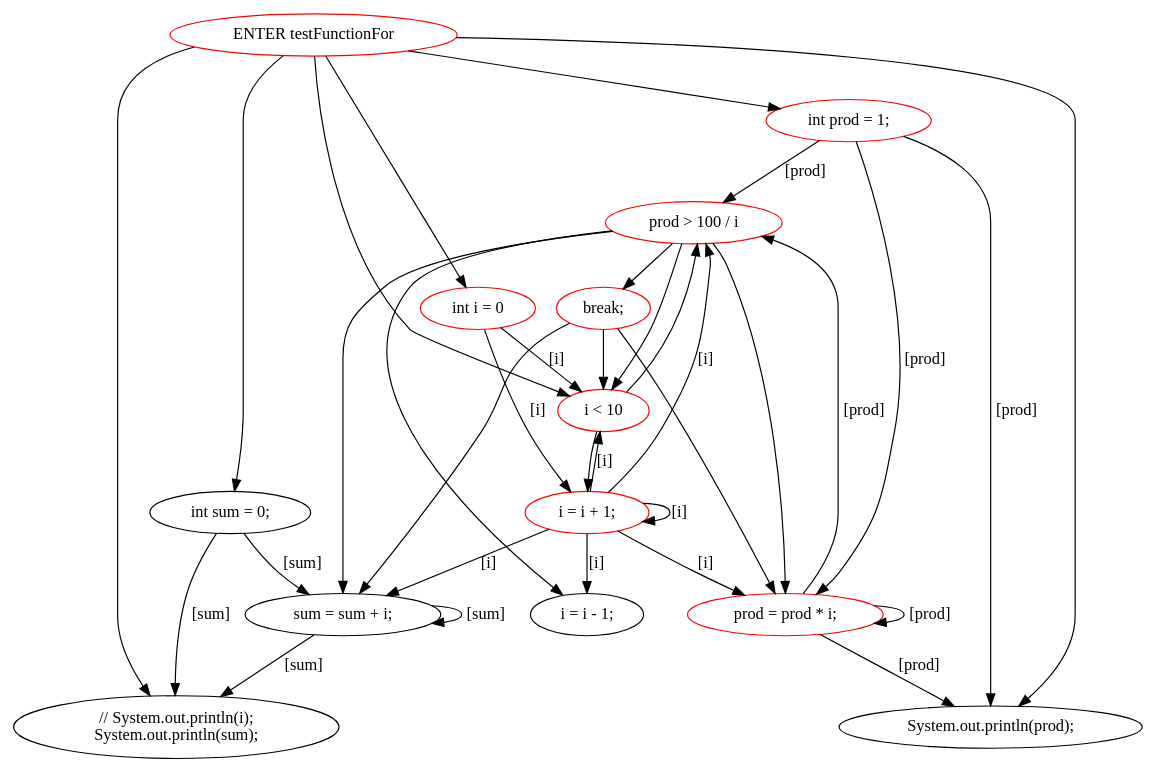
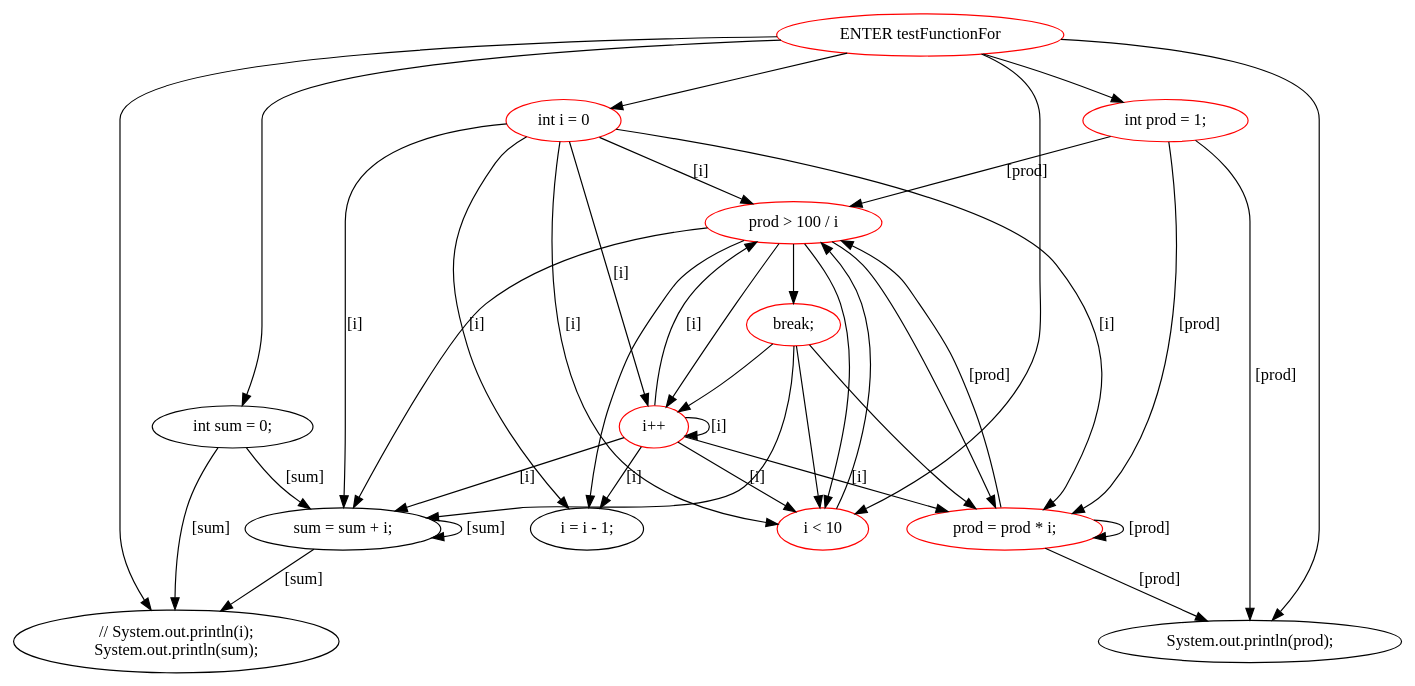
Before and after one commit to Surprise-Jing/Java-oriented-analysis-and-understanding-tools: the diagram in staticSlicer/data/output/graph/PDG_Output6.dot, drawn with Graphviz. The commit also changed 15 other files, not shown here.

Commit message:
生成简单的call graph

```diff
--- a/staticSlicer/data/output/graph/PDG_Output6.dot
+++ b/staticSlicer/data/output/graph/PDG_Output6.dot
@@ -1,50 +1,55 @@
 strict digraph G {
   0 [ color="red" label="ENTER testFunctionFor" ];
   2 [ label="int sum = 0;" ];
   3 [ color="red" label="int prod = 1;" ];
   4 [ color="red" label="int i = 0" ];
   5 [ color="red" label="i < 10" ];
-  6 [ color="red" label="i = i + 1;" ];
-  7 [ color="red" label="prod > 100 / i" ];
-  8 [ label="i = i - 1;" ];
-  9 [ color="red" label="break;" ];
-  10 [ label="sum = sum + i;" ];
-  11 [ color="red" label="prod = prod * i;" ];
+  6 [ color="red" label="prod > 100 / i" ];
+  7 [ label="i = i - 1;" ];
+  8 [ color="red" label="break;" ];
+  9 [ label="sum = sum + i;" ];
+  10 [ color="red" label="prod = prod * i;" ];
+  11 [ color="red" label="i++" ];
   12 [ label="// System.out.println(i);
 System.out.println(sum);" ];
   13 [ label="System.out.println(prod);" ];
   0 -> 2 [ ];
   0 -> 3 [ ];
   0 -> 4 [ ];
   0 -> 5 [ ];
   0 -> 12 [ ];
   0 -> 13 [ ];
   5 -> 6 [ ];
-  5 -> 7 [ ];
-  7 -> 8 [ ];
-  7 -> 9 [ ];
-  9 -> 10 [ ];
-  9 -> 11 [ ];
-  9 -> 5 [ ];
-  7 -> 10 [ ];
-  7 -> 11 [ ];
-  7 -> 5 [ ];
+  6 -> 7 [ ];
+  6 -> 8 [ ];
+  8 -> 9 [ ];
+  8 -> 10 [ ];
+  8 -> 11 [ ];
+  8 -> 5 [ ];
+  6 -> 9 [ ];
+  6 -> 10 [ ];
+  6 -> 11 [ ];
+  6 -> 5 [ ];
   4 -> 5 [ label="[i]" ];
-  6 -> 5 [ label="[i]" ];
+  11 -> 5 [ label="[i]" ];
   4 -> 6 [ label="[i]" ];
-  6 -> 6 [ label="[i]" ];
-  6 -> 7 [ label="[i]" ];
-  3 -> 7 [ label="[prod]" ];
-  11 -> 7 [ label="[prod]" ];
-  6 -> 8 [ label="[i]" ];
-  6 -> 10 [ label="[i]" ];
-  2 -> 10 [ label="[sum]" ];
-  10 -> 10 [ label="[sum]" ];
-  6 -> 11 [ label="[i]" ];
-  3 -> 11 [ label="[prod]" ];
-  11 -> 11 [ label="[prod]" ];
+  3 -> 6 [ label="[prod]" ];
+  11 -> 6 [ label="[i]" ];
+  10 -> 6 [ label="[prod]" ];
+  4 -> 7 [ label="[i]" ];
+  11 -> 7 [ label="[i]" ];
+  4 -> 9 [ label="[i]" ];
+  2 -> 9 [ label="[sum]" ];
+  11 -> 9 [ label="[i]" ];
+  9 -> 9 [ label="[sum]" ];
+  4 -> 10 [ label="[i]" ];
+  3 -> 10 [ label="[prod]" ];
+  11 -> 10 [ label="[i]" ];
+  10 -> 10 [ label="[prod]" ];
+  4 -> 11 [ label="[i]" ];
+  11 -> 11 [ label="[i]" ];
   2 -> 12 [ label="[sum]" ];
-  10 -> 12 [ label="[sum]" ];
+  9 -> 12 [ label="[sum]" ];
   3 -> 13 [ label="[prod]" ];
-  11 -> 13 [ label="[prod]" ];
+  10 -> 13 [ label="[prod]" ];
 }
```
